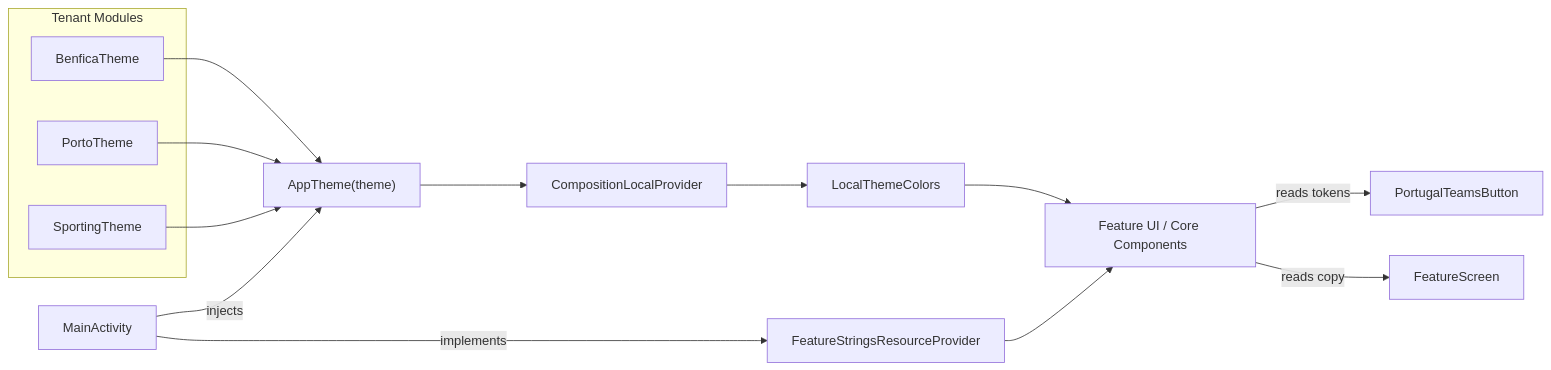
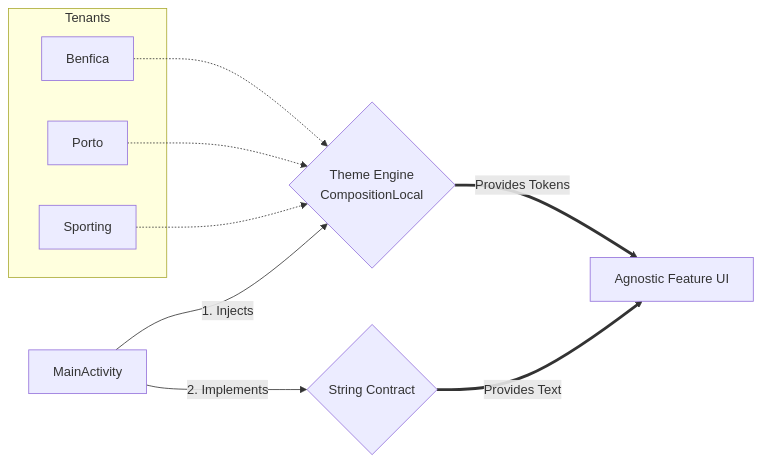
One commit to LucasFaiska/PortugalTeams changed the diagram in README.md. Above: the diagram before and after it, drawn with Mermaid.

Commit message:
Revise architecture diagram for theme engine updates
Updated architecture diagram in README to reflect new theme engine and string contract structure.

````diff
--- a/README.md
+++ b/README.md
@@ -28,21 +28,16 @@
 ```mermaid
 flowchart LR
-    A[MainActivity] -->|injects| B["AppTheme(theme)"]
-    A -->|implements| J[FeatureStringsResourceProvider]
-    B --> C[CompositionLocalProvider]
-    C --> D[LocalThemeColors]
-    D --> E[Feature UI / Core Components]
-    J --> E
-    E -->|reads tokens| F[PortugalTeamsButton]
-    E -->|reads copy| G[FeatureScreen]
-    
-    subgraph Tenant Modules
-        H[BenficaTheme]
-        I[PortoTheme]
-        K[SportingTheme]
+    A[MainActivity] -->|1. Injects| B{Theme Engine<br>CompositionLocal}
+    A -->|2. Implements| C{String Contract}
+
+    subgraph Tenants
+        T1[Benfica]
+        T2[Porto]
+        T3[Sporting]
     end
-    
-    H --> B
-    I --> B
-    K --> B
+
+    T1 & T2 & T3 -.-> B
+
+    B ==>|Provides Tokens| UI[Agnostic Feature UI]
+    C ==>|Provides Text| UI
 ```
````
